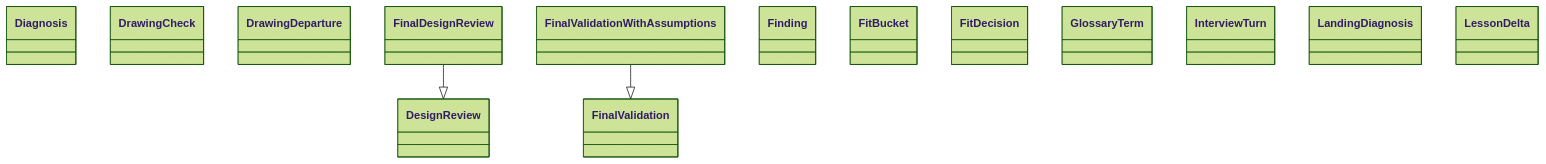
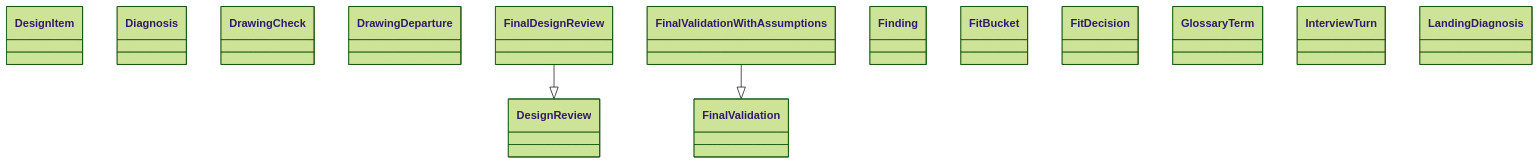
One commit to GonzaloZevallos/agentic-system changed the diagram in docs/architecture/generated/classes-process-domain-roles-3.md. Above: the diagram before and after it, drawn with Mermaid (forest theme). The commit also changed 9 other files, not shown here.

````diff
--- a/docs/architecture/generated/classes-process-domain-roles-3.md
+++ b/docs/architecture/generated/classes-process-domain-roles-3.md
@@ -31,19 +31,19 @@
 ```mermaid
 classDiagram
+    class schemas__DesignItem["DesignItem"]
     class schemas__DesignReview["DesignReview"]
     class schemas__Diagnosis["Diagnosis"]
     class schemas__DrawingCheck["DrawingCheck"]
     class schemas__DrawingDeparture["DrawingDeparture"]
     class schemas__FinalDesignReview["FinalDesignReview"]
     class schemas__FinalValidation["FinalValidation"]
     class schemas__FinalValidationWithAssumptions["FinalValidationWithAssumptions"]
     class schemas__Finding["Finding"]
     class schemas__FitBucket["FitBucket"]
     class schemas__FitDecision["FitDecision"]
     class schemas__GlossaryTerm["GlossaryTerm"]
     class schemas__InterviewTurn["InterviewTurn"]
     class schemas__LandingDiagnosis["LandingDiagnosis"]
-    class schemas__LessonDelta["LessonDelta"]
     schemas__FinalDesignReview --|> schemas__DesignReview
     schemas__FinalValidationWithAssumptions --|> schemas__FinalValidation
 ```
````
